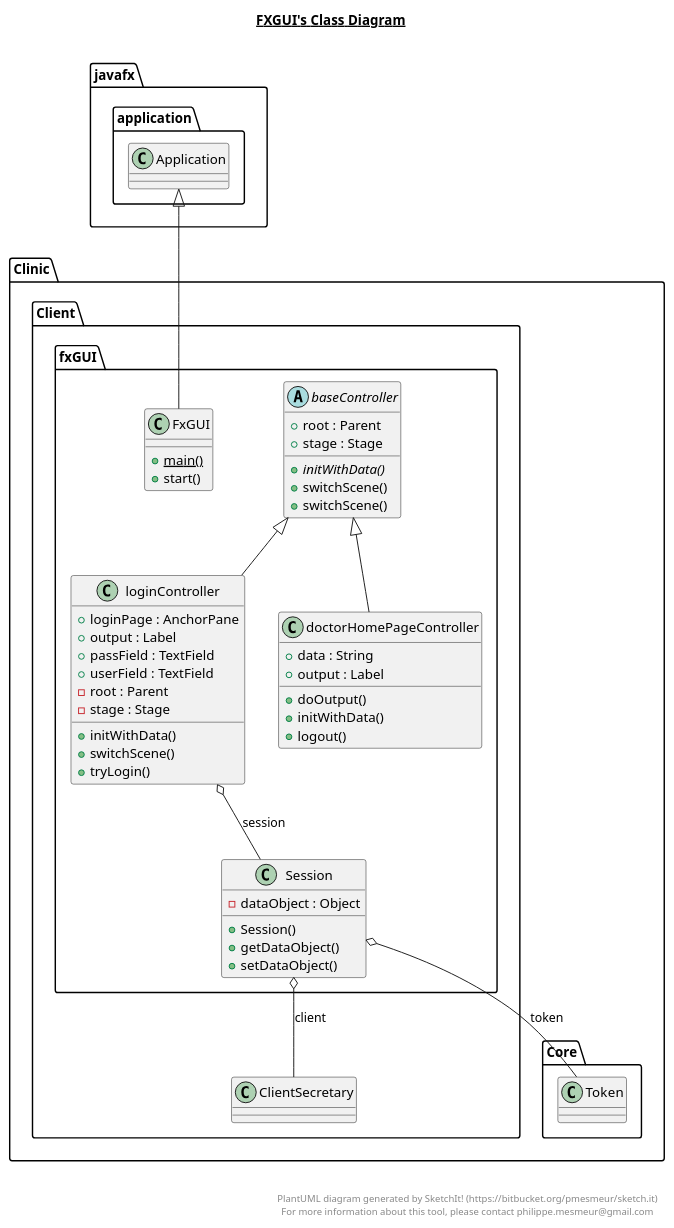
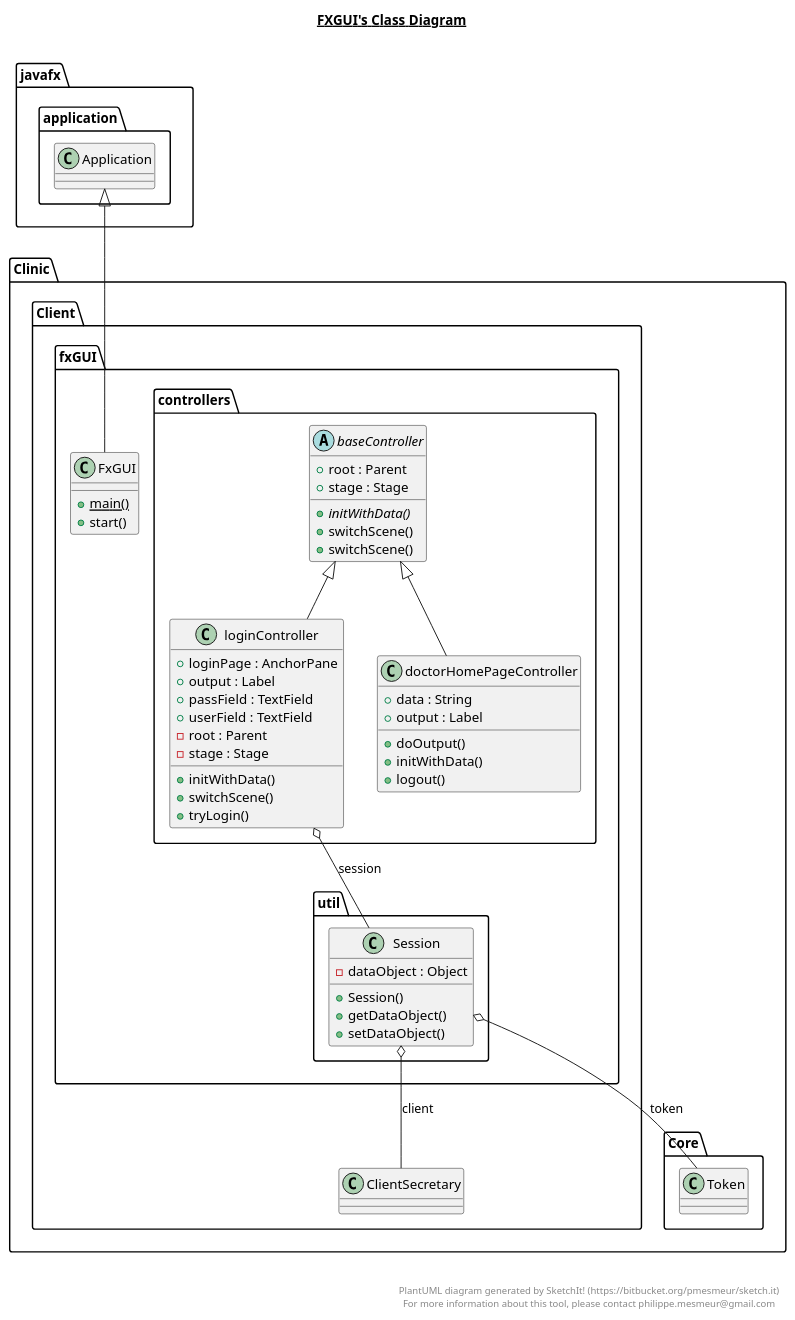
The diagram in src/Clinic/Client/fxGUI/fxGUI.puml (AidanJohnston/Omar), drawn with PlantUML before and after one commit. The commit also changed 13 other files, not shown here.

```diff
--- a/src/Clinic/Client/fxGUI/fxGUI.puml
+++ b/src/Clinic/Client/fxGUI/fxGUI.puml
@@ -1,85 +1,85 @@
 @startuml
 
 title __FXGUI's Class Diagram__\n
 
   namespace Clinic.Client {
     namespace fxGUI {
       class Clinic.Client.fxGUI.FxGUI {
           {static} + main()
           + start()
       }
     }
   }
   
 
   namespace Clinic.Client {
     namespace fxGUI {
-      class Clinic.Client.fxGUI.Session {
+      class Clinic.Client.fxGUI.util.Session {
           - dataObject : Object
           + Session()
           + getDataObject()
           + setDataObject()
       }
     }
   }
   
 
   namespace Clinic.Client {
     namespace fxGUI {
-      abstract class Clinic.Client.fxGUI.baseController {
+      abstract class Clinic.Client.fxGUI.controllers.baseController {
           + root : Parent
           + stage : Stage
           {abstract} + initWithData()
           + switchScene()
           + switchScene()
       }
     }
   }
   
 
   namespace Clinic.Client {
     namespace fxGUI {
-      class Clinic.Client.fxGUI.loginController {
+      class Clinic.Client.fxGUI.controllers.loginController {
           + loginPage : AnchorPane
           + output : Label
           + passField : TextField
           + userField : TextField
           - root : Parent
           - stage : Stage
           + initWithData()
           + switchScene()
           + tryLogin()
       }
     }
   }
   
 
   namespace Clinic.Client {
     namespace fxGUI {
-      class Clinic.Client.fxGUI.doctorHomePageController {
+      class Clinic.Client.fxGUI.controllers.doctorHomePageController {
           + data : String
           + output : Label
           + doOutput()
           + initWithData()
           + logout()
       }
     }
   }
   
 
   Clinic.Client.fxGUI.FxGUI -up-|> javafx.application.Application
-  Clinic.Client.fxGUI.Session o-- Clinic.Client.ClientSecretary : client
-  Clinic.Client.fxGUI.Session o-- Clinic.Core.Token : token
-  Clinic.Client.fxGUI.loginController -up-|> Clinic.Client.fxGUI.baseController
-  Clinic.Client.fxGUI.loginController o-- Clinic.Client.fxGUI.Session : session
-  Clinic.Client.fxGUI.doctorHomePageController -up-|> Clinic.Client.fxGUI.baseController
+  Clinic.Client.fxGUI.util.Session o-- Clinic.Client.ClientSecretary : client
+  Clinic.Client.fxGUI.util.Session o-- Clinic.Core.Token : token
+  Clinic.Client.fxGUI.controllers.loginController -up-|> Clinic.Client.fxGUI.controllers.baseController
+  Clinic.Client.fxGUI.controllers.loginController o-- Clinic.Client.fxGUI.util.Session : session
+  Clinic.Client.fxGUI.controllers.doctorHomePageController -up-|> Clinic.Client.fxGUI.controllers.baseController
 
 
 right footer
 
 
 PlantUML diagram generated by SketchIt! (https://bitbucket.org/pmesmeur/sketch.it)
 For more information about this tool, please contact philippe.mesmeur@gmail.com
 endfooter
 
 @enduml
```
